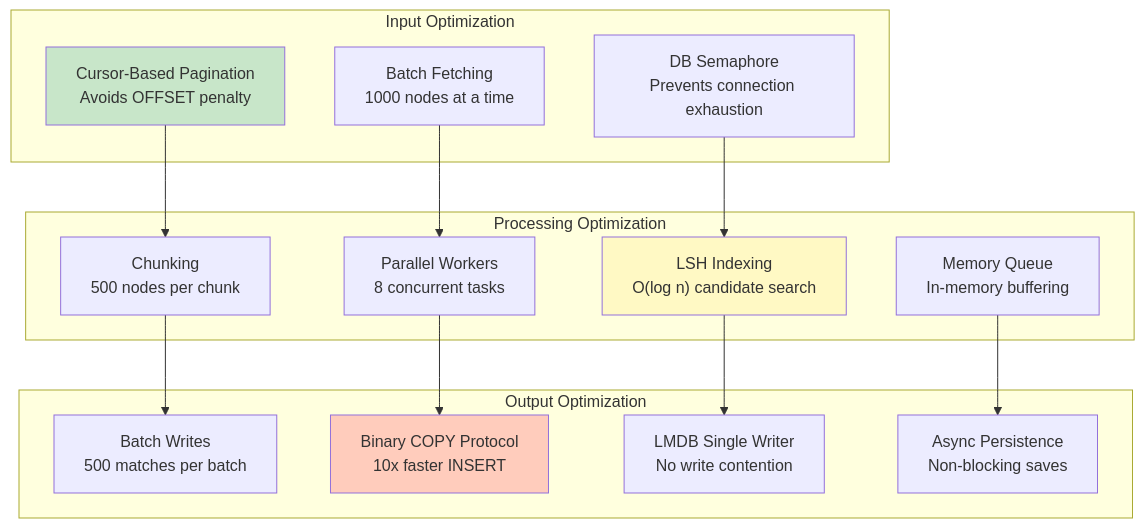
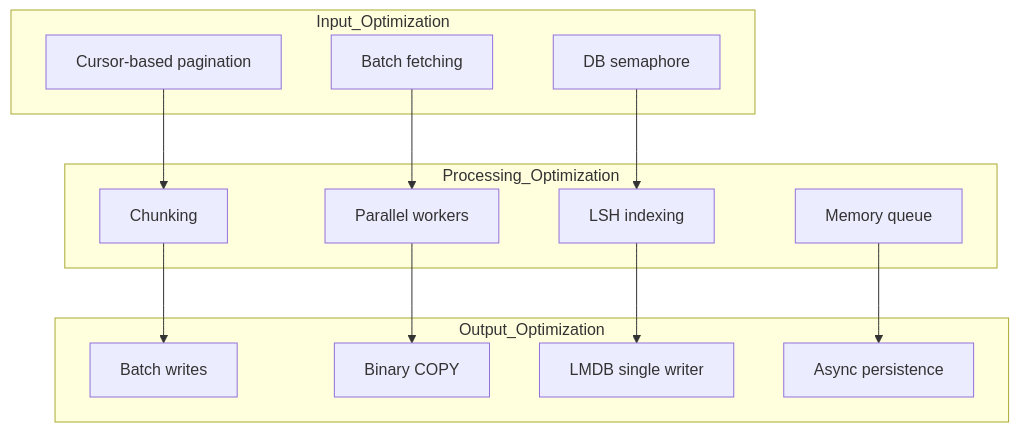
One commit to kagit00/schedule_x changed diagram 26 of 33 in docs/Low Level Designs/ScheduledPotentialMatchesCreation.md. Above: the diagram before and after it, drawn with Mermaid. The commit also changed other lines of this file, not shown here.

````diff
--- a/docs/Low Level Designs/ScheduledPotentialMatchesCreation.md
+++ b/docs/Low Level Designs/ScheduledPotentialMatchesCreation.md
@@ -1362,34 +1357,31 @@
 ```mermaid
-graph TB
-    subgraph "Input Optimization"
-        A1["Cursor-Based Pagination<br/>Avoids OFFSET penalty"]
-        A2["Batch Fetching<br/>1000 nodes at a time"]
-        A3["DB Semaphore<br/>Prevents connection exhaustion"]
+flowchart TB
+    subgraph Input_Optimization
+        A1[Cursor-based pagination]
+        A2[Batch fetching]
+        A3[DB semaphore]
     end
 
-    subgraph "Processing Optimization"
-        B1["Chunking<br/>500 nodes per chunk"]
-        B2["Parallel Workers<br/>8 concurrent tasks"]
-        B3["LSH Indexing<br/>O(log n) candidate search"]
-        B4["Memory Queue<br/>In-memory buffering"]
+    subgraph Processing_Optimization
+        B1[Chunking]
+        B2[Parallel workers]
+        B3[LSH indexing]
+        B4[Memory queue]
     end
 
-    subgraph "Output Optimization"
-        C1["Batch Writes<br/>500 matches per batch"]
-        C2["Binary COPY Protocol<br/>10x faster INSERT"]
-        C3["LMDB Single Writer<br/>No write contention"]
-        C4["Async Persistence<br/>Non-blocking saves"]
+    subgraph Output_Optimization
+        C1[Batch writes]
+        C2[Binary COPY]
+        C3[LMDB single writer]
+        C4[Async persistence]
     end
 
     A1 --> B1
     A2 --> B2
     A3 --> B3
     B1 --> C1
     B2 --> C2
     B3 --> C3
     B4 --> C4
 
-    style A1 fill:#C8E6C9
-    style B3 fill:#FFF9C4
-    style C2 fill:#FFCCBC
 ```
````
